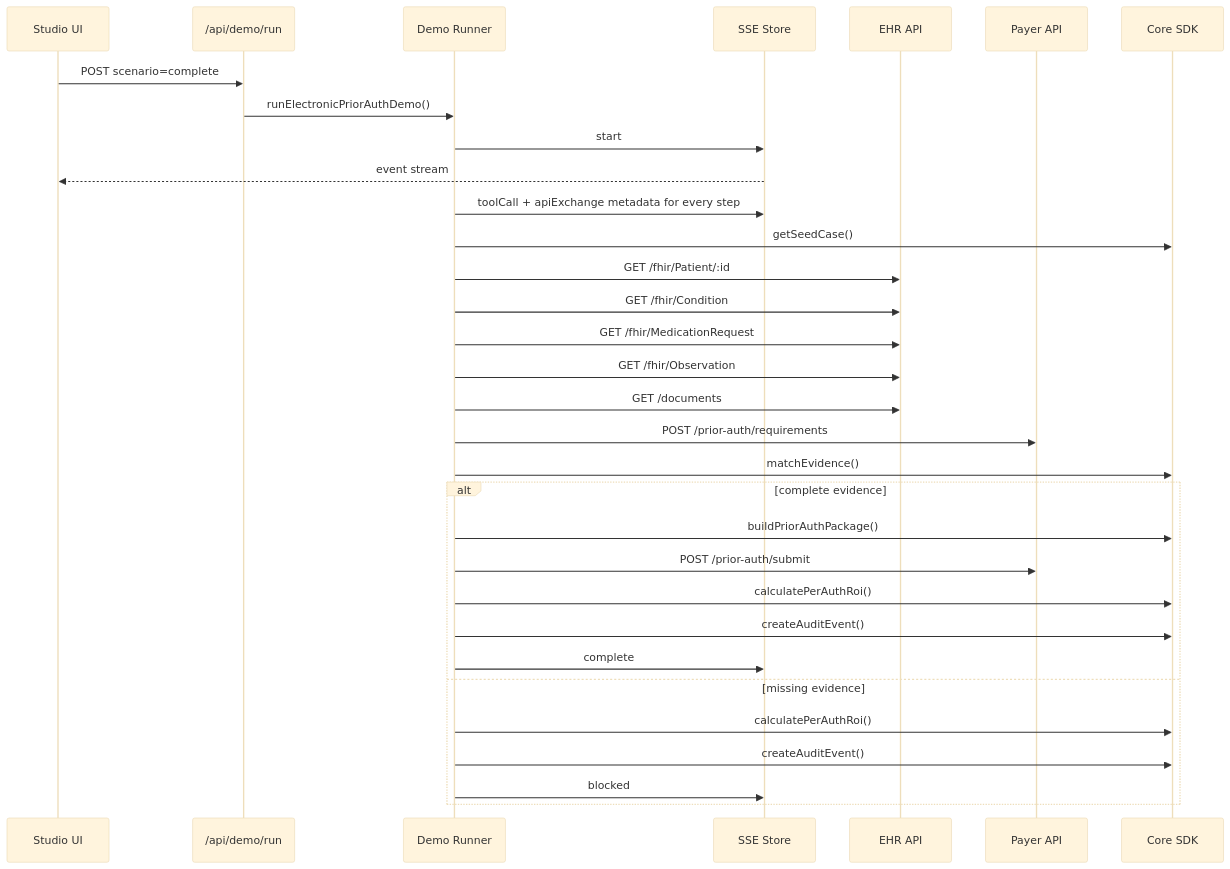
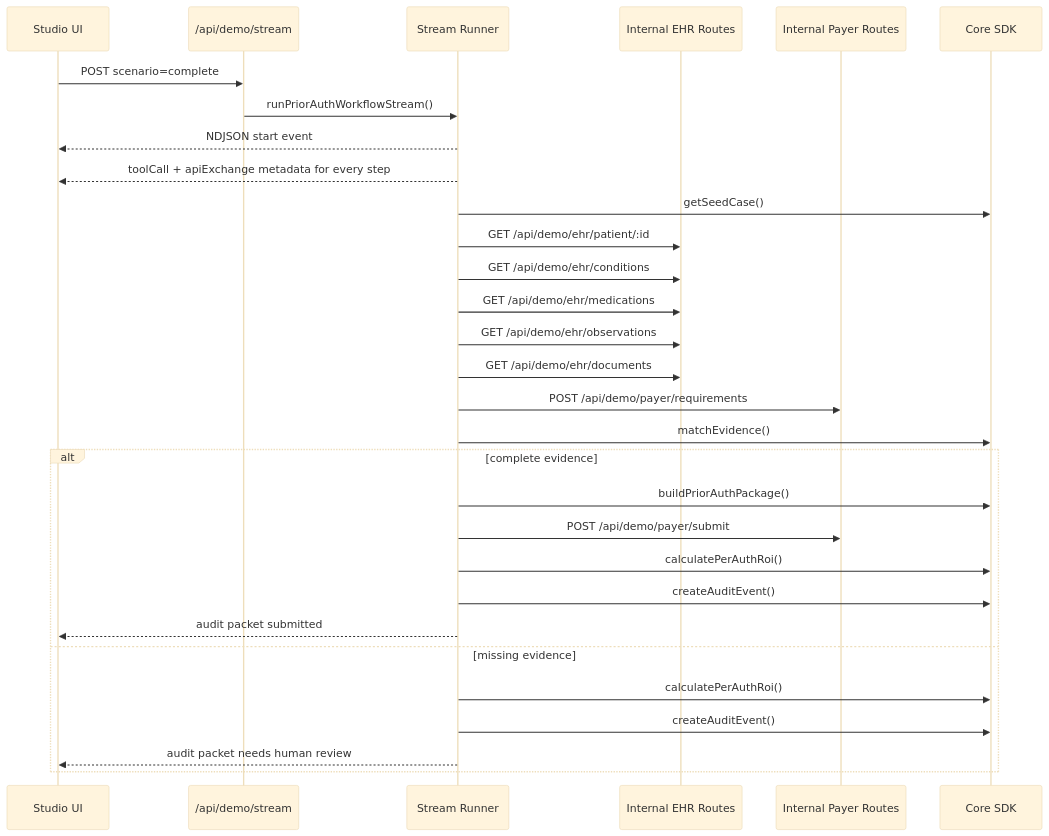
Before and after one commit to roshaninfordham/healthagentpassport: the third of 6 diagrams in docs/architecture.md, drawn with Mermaid (base theme). The commit also changed other lines of this file and 34 other files, not shown here.

Commit message:
Build hosted prior auth demo workspace

````diff
--- a/docs/architecture.md
+++ b/docs/architecture.md
@@ -45,35 +47,33 @@
 ```mermaid
 sequenceDiagram
   participant UI as Studio UI
-  participant API as /api/demo/run
-  participant Runner as Demo Runner
-  participant Events as SSE Store
-  participant EHR as EHR API
-  participant Payer as Payer API
+  participant API as /api/demo/stream
+  participant Runner as Stream Runner
+  participant EHR as Internal EHR Routes
+  participant Payer as Internal Payer Routes
   participant Core as Core SDK
 
   UI->>API: POST scenario=complete
-  API->>Runner: runElectronicPriorAuthDemo()
-  Runner->>Events: start
-  Events-->>UI: event stream
-  Runner->>Events: toolCall + apiExchange metadata for every step
+  API->>Runner: runPriorAuthWorkflowStream()
+  Runner-->>UI: NDJSON start event
+  Runner-->>UI: toolCall + apiExchange metadata for every step
   Runner->>Core: getSeedCase()
-  Runner->>EHR: GET /fhir/Patient/:id
-  Runner->>EHR: GET /fhir/Condition
-  Runner->>EHR: GET /fhir/MedicationRequest
-  Runner->>EHR: GET /fhir/Observation
-  Runner->>EHR: GET /documents
-  Runner->>Payer: POST /prior-auth/requirements
+  Runner->>EHR: GET /api/demo/ehr/patient/:id
+  Runner->>EHR: GET /api/demo/ehr/conditions
+  Runner->>EHR: GET /api/demo/ehr/medications
+  Runner->>EHR: GET /api/demo/ehr/observations
+  Runner->>EHR: GET /api/demo/ehr/documents
+  Runner->>Payer: POST /api/demo/payer/requirements
   Runner->>Core: matchEvidence()
   alt complete evidence
     Runner->>Core: buildPriorAuthPackage()
-    Runner->>Payer: POST /prior-auth/submit
+    Runner->>Payer: POST /api/demo/payer/submit
     Runner->>Core: calculatePerAuthRoi()
     Runner->>Core: createAuditEvent()
-    Runner->>Events: complete
+    Runner-->>UI: audit packet submitted
   else missing evidence
     Runner->>Core: calculatePerAuthRoi()
     Runner->>Core: createAuditEvent()
-    Runner->>Events: blocked
+    Runner-->>UI: audit packet needs human review
   end
 ```
````
